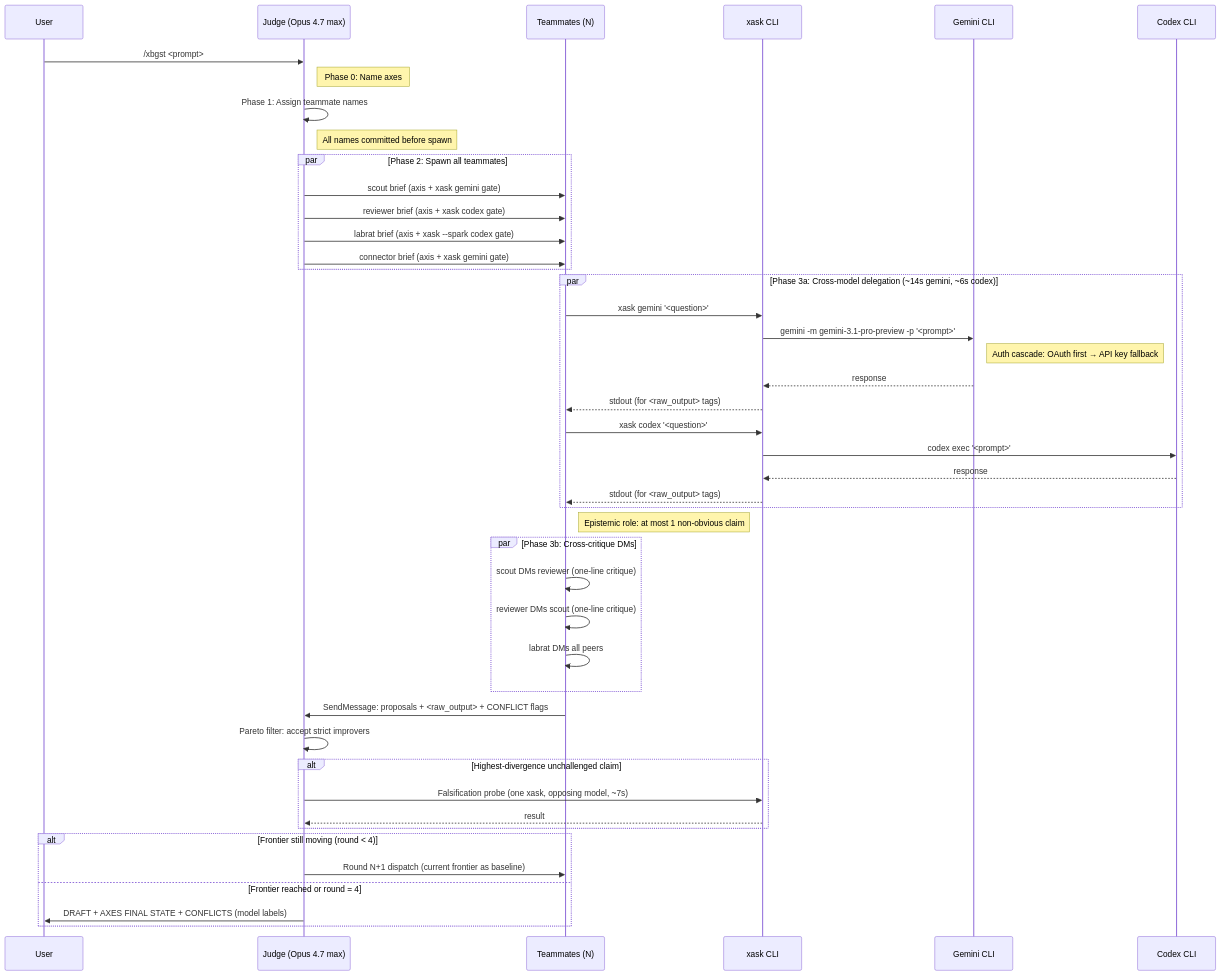
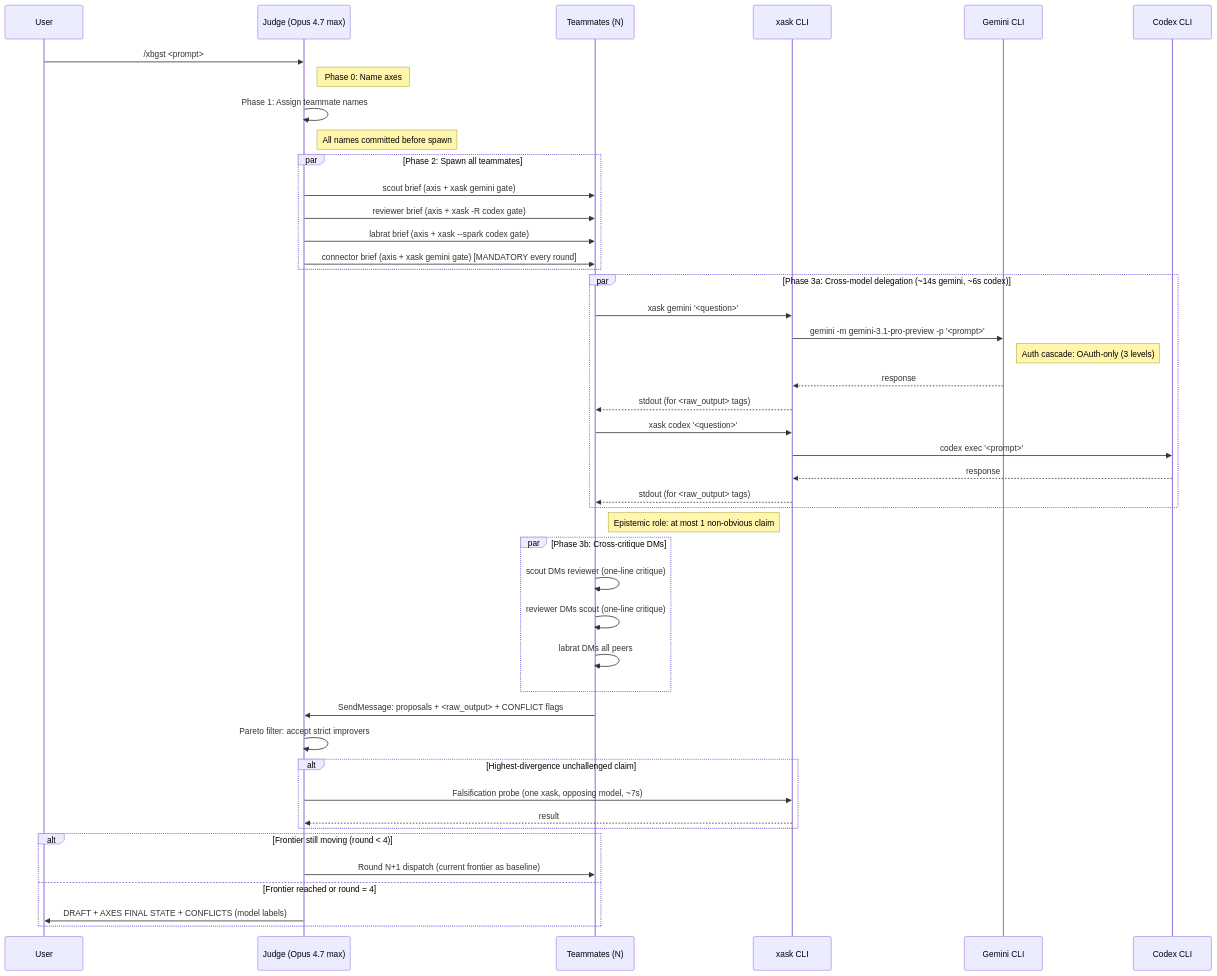
The tenth of 11 diagrams in docs/command-flows.md (VeigaPunk/xbrd-gdsp-fknpft), drawn with Mermaid before and after one commit. The commit also changed other lines of this file and 6 other files, not shown here.

First line of the commit message:
feat(routing+docs): sonnet-medium pivot + godspeed purity + command-flows sync

````diff
--- a/docs/command-flows.md
+++ b/docs/command-flows.md
@@ -269,57 +294,57 @@
 ```mermaid
 sequenceDiagram
     participant U as User
     participant J as Judge (Opus 4.7 max)
     participant T as Teammates (N)
     participant X as xask CLI
     participant G as Gemini CLI
     participant C as Codex CLI
 
     U->>J: /xbgst <prompt>
     Note right of J: Phase 0: Name axes
 
     J->>J: Phase 1: Assign teammate names
     Note right of J: All names committed before spawn
 
     par Phase 2: Spawn all teammates
         J->>T: scout brief (axis + xask gemini gate)
-        J->>T: reviewer brief (axis + xask codex gate)
+        J->>T: reviewer brief (axis + xask -R codex gate)
         J->>T: labrat brief (axis + xask --spark codex gate)
-        J->>T: connector brief (axis + xask gemini gate)
+        J->>T: connector brief (axis + xask gemini gate) [MANDATORY every round]
     end
 
     par Phase 3a: Cross-model delegation (~14s gemini, ~6s codex)
         T->>X: xask gemini '<question>'
         X->>G: gemini -m gemini-3.1-pro-preview -p '<prompt>'
-        Note right of G: Auth cascade: OAuth first → API key fallback
+        Note right of G: Auth cascade: OAuth-only (3 levels)
         G-->>X: response
         X-->>T: stdout (for <raw_output> tags)
         T->>X: xask codex '<question>'
         X->>C: codex exec '<prompt>'
         C-->>X: response
         X-->>T: stdout (for <raw_output> tags)
     end
 
     Note right of T: Epistemic role: at most 1 non-obvious claim
 
     par Phase 3b: Cross-critique DMs
         T->>T: scout DMs reviewer (one-line critique)
         T->>T: reviewer DMs scout (one-line critique)
         T->>T: labrat DMs all peers
     end
 
     T->>J: SendMessage: proposals + <raw_output> + CONFLICT flags
 
     J->>J: Pareto filter: accept strict improvers
 
     alt Highest-divergence unchallenged claim
         J->>X: Falsification probe (one xask, opposing model, ~7s)
         X-->>J: result
     end
 
     alt Frontier still moving (round < 4)
         J->>T: Round N+1 dispatch (current frontier as baseline)
     else Frontier reached or round = 4
         J->>U: DRAFT + AXES FINAL STATE + CONFLICTS (model labels)
     end
 ```
````
